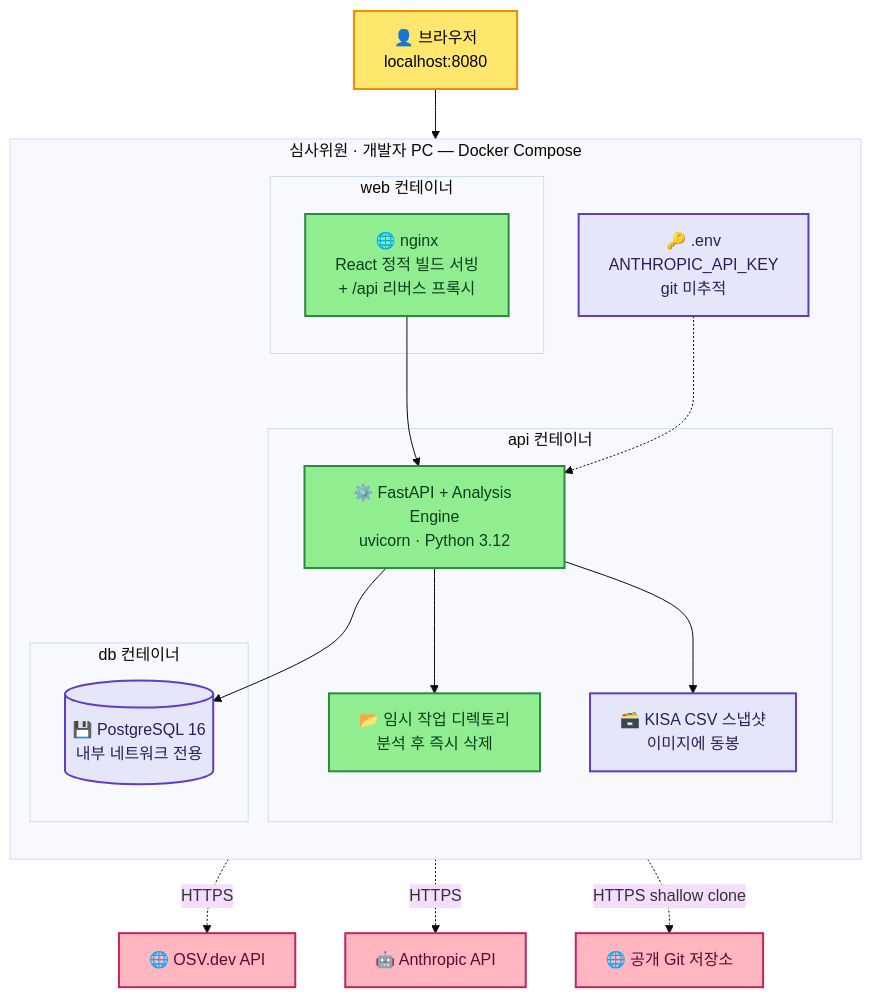
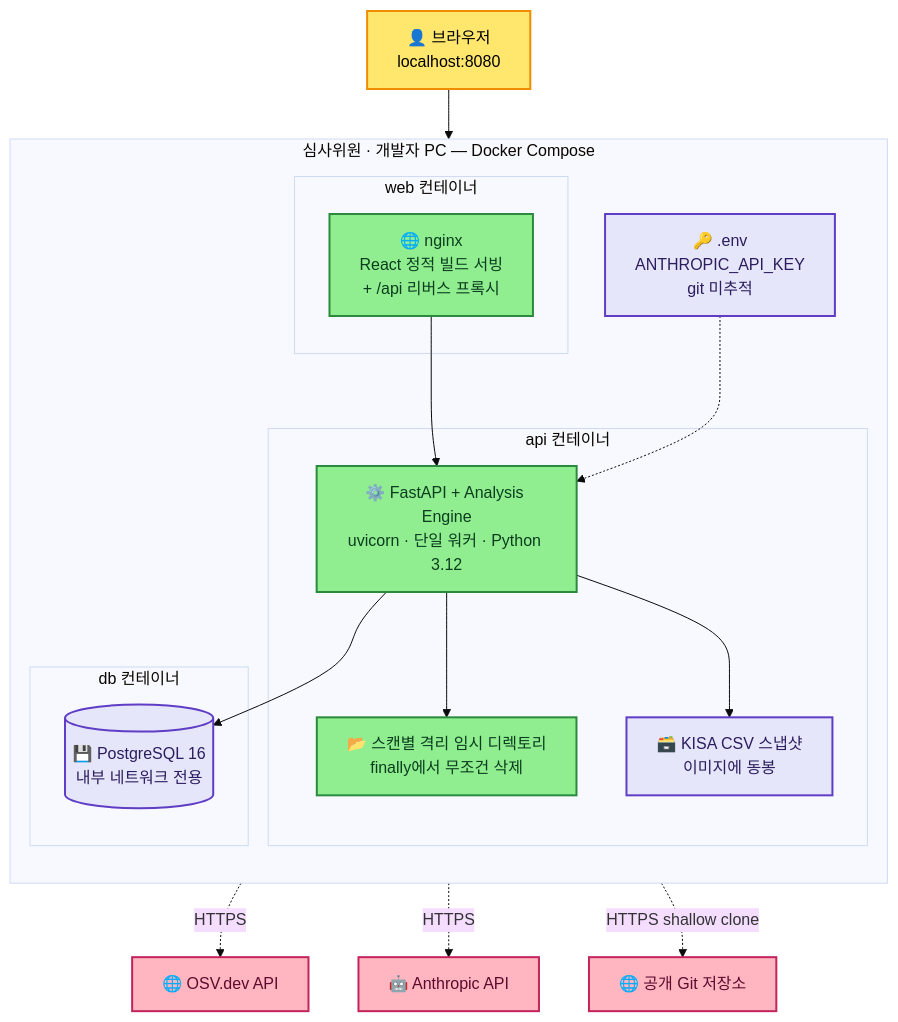
The fifth of 5 diagrams in docs/tdd.md (fmaPark/ansim-code), drawn with Mermaid (base theme) before and after one commit. The commit also changed other lines of this file and 1 other file, not shown here.

````diff
--- a/docs/tdd.md
+++ b/docs/tdd.md
@@ -318,44 +390,44 @@
 ```mermaid
 graph TB
     Browser[👤 브라우저<br/>localhost:8080]
 
     subgraph Host["심사위원 · 개발자 PC — Docker Compose"]
         direction TB
         subgraph WebC["web 컨테이너"]
             NGINX[🌐 nginx<br/>React 정적 빌드 서빙<br/>+ /api 리버스 프록시]
         end
         subgraph ApiC["api 컨테이너"]
-            FASTAPI[⚙️ FastAPI + Analysis Engine<br/>uvicorn · Python 3.12]
-            TMPV[📂 임시 작업 디렉토리<br/>분석 후 즉시 삭제]
+            FASTAPI[⚙️ FastAPI + Analysis Engine<br/>uvicorn · 단일 워커 · Python 3.12]
+            TMPV[📂 스캔별 격리 임시 디렉토리<br/>finally에서 무조건 삭제]
             SEED[🗃️ KISA CSV 스냅샷<br/>이미지에 동봉]
         end
         subgraph DbC["db 컨테이너"]
             PG[(💾 PostgreSQL 16<br/>내부 네트워크 전용)]
         end
         ENV[🔑 .env<br/>ANTHROPIC_API_KEY<br/>git 미추적]
     end
 
     OSVX[🌐 OSV.dev API]
     ANTH[🤖 Anthropic API]
     GH[🌐 공개 Git 저장소]
 
     Browser --> NGINX
     NGINX --> FASTAPI
     FASTAPI --> PG
     FASTAPI --> TMPV
     FASTAPI --> SEED
     FASTAPI -.->|HTTPS| OSVX
     FASTAPI -.->|HTTPS| ANTH
     FASTAPI -.->|HTTPS shallow clone| GH
     ENV -.-> FASTAPI
 
     classDef client fill:#FFE66D,stroke:#F08C00,stroke-width:2px,color:#000
     classDef svc fill:#90EE90,stroke:#2B8A3E,stroke-width:2px,color:#0B3D1E
     classDef data fill:#E6E6FA,stroke:#5F3DC4,stroke-width:2px,color:#2B1D5E
     classDef ext fill:#FFB6C1,stroke:#C2255C,stroke-width:2px,color:#5C0A2E
 
     class Browser client
     class NGINX,FASTAPI,TMPV svc
     class PG,SEED,ENV data
     class OSVX,ANTH,GH ext
 ```
````
